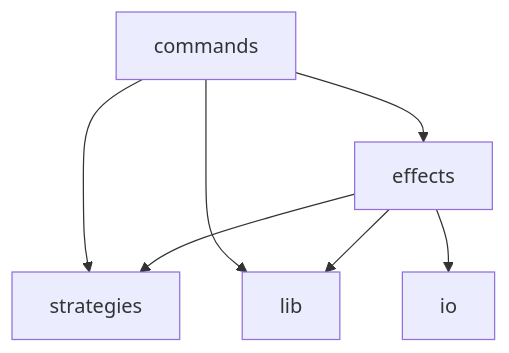
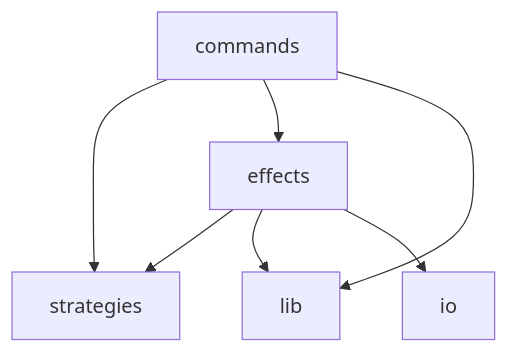
The diagram in README.md (mattriley/node-duplicate-file-finder), drawn with Mermaid before and after one commit. The commit also changed other lines of this file and 3 other files, not shown here.

````diff
--- a/README.md
+++ b/README.md
@@ -56,9 +56,9 @@
 ```mermaid
 graph TD;
+    effects-->strategies;
+    effects-->lib;
+    effects-->io;
     commands-->strategies;
     commands-->effects;
     commands-->lib;
-    effects-->strategies;
-    effects-->lib;
-    effects-->io;
 ```
````
